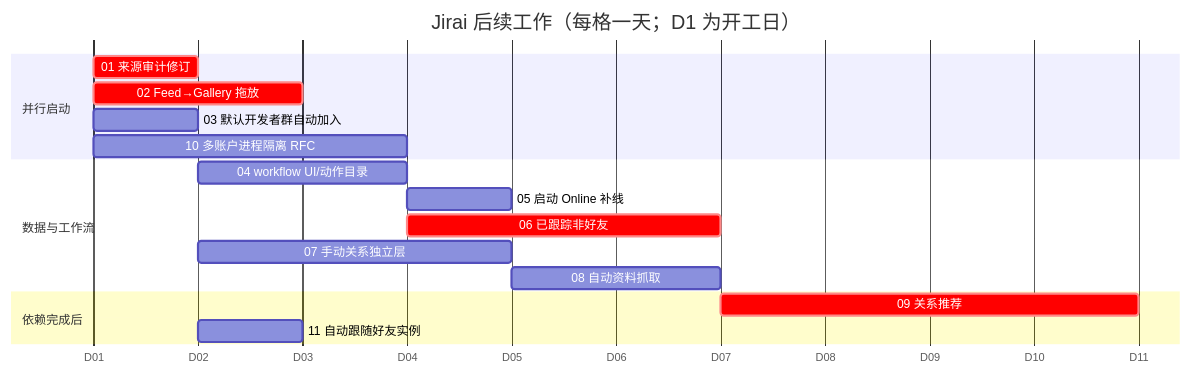
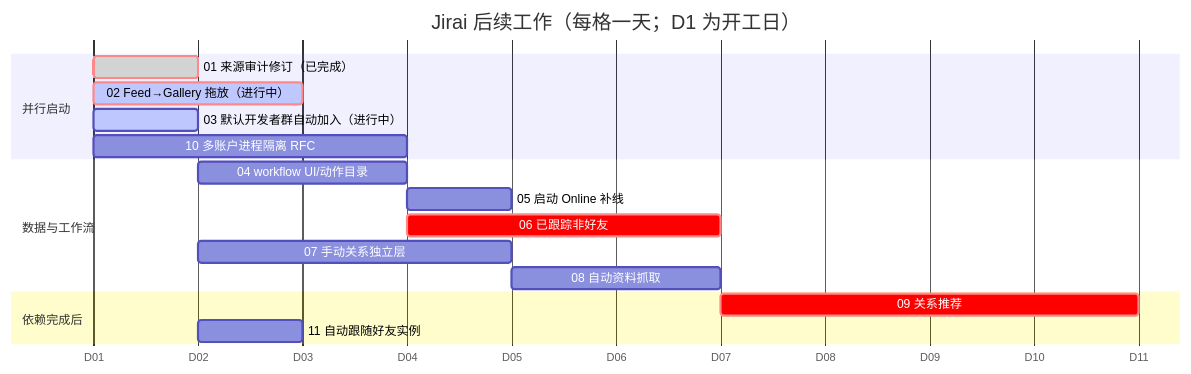
One commit to FuLuTang/VRCX-0-jirai changed the second of 2 diagrams in docs/jirai-port/总执行规划.md. Above: the diagram before and after it, drawn with Mermaid. The commit also changed other lines of this file, not shown here.

Commit message:
docs: track Jirai gantt execution status

````diff
--- a/docs/jirai-port/总执行规划.md
+++ b/docs/jirai-port/总执行规划.md
@@ -115,23 +133,23 @@
 ```mermaid
 gantt
     title Jirai 后续工作（每格一天；D1 为开工日）
     dateFormat  YYYY-MM-DD
     axisFormat  D%d
 
     section 并行启动
-    01 来源审计修订                 :crit, t01, 2026-01-01, 1d
-    02 Feed→Gallery 拖放             :crit, t02, 2026-01-01, 2d
-    03 默认开发者群自动加入          :t03, 2026-01-01, 1d
+    01 来源审计修订（已完成）        :done, crit, t01, 2026-01-01, 1d
+    02 Feed→Gallery 拖放（进行中）   :active, crit, t02, 2026-01-01, 2d
+    03 默认开发者群自动加入（进行中） :active, t03, 2026-01-01, 1d
     10 多账户进程隔离 RFC            :t10, 2026-01-01, 3d
 
     section 数据与工作流
     04 workflow UI/动作目录          :t04, after t01, 2d
     05 启动 Online 补线              :t05, after t04, 1d
     06 已跟踪非好友                  :crit, t06, after t04, 3d
     07 手动关系独立层                :t07, after t01, 3d
     08 自动资料抓取                  :t08, after t05, 2d
 
     section 依赖完成后
     09 关系推荐                      :crit, t09, after t08, 4d
     11 自动跟随好友实例              :t11, after t03, 1d
 ```
````
